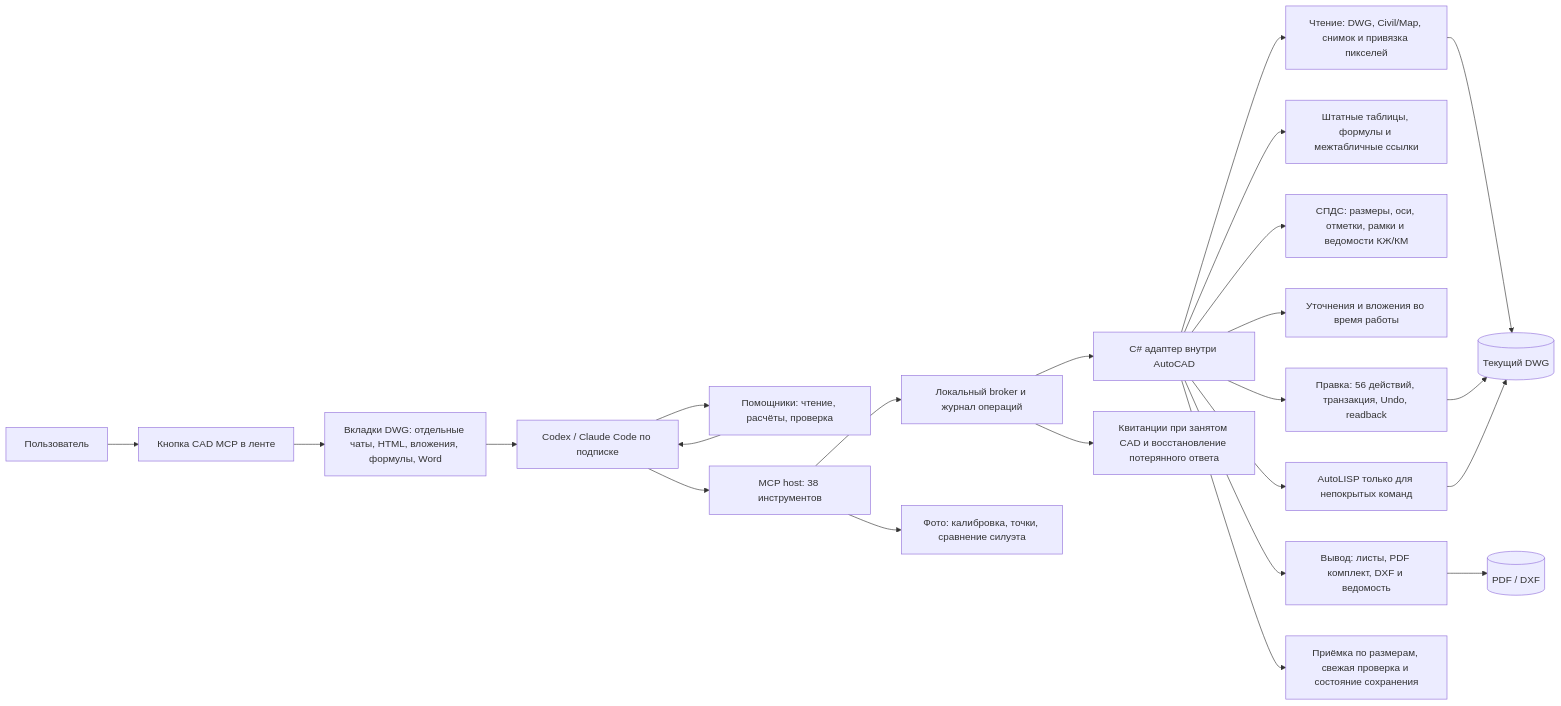
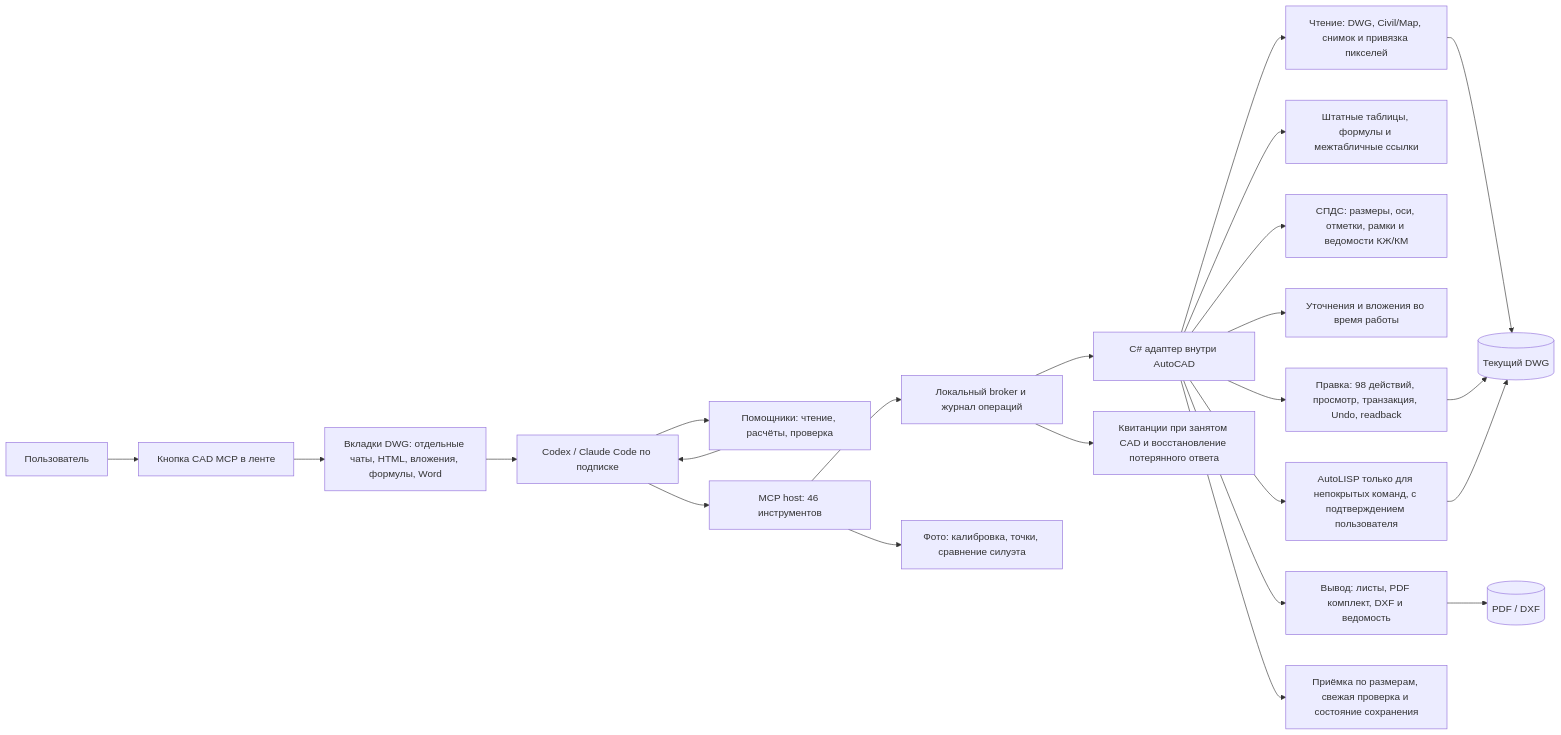
The diagram in docs/capabilities.md (debug23win/autocad-mcp), drawn with Mermaid before and after one commit. The commit also changed other lines of this file and 166 other files, not shown here.

````diff
--- a/docs/capabilities.md
+++ b/docs/capabilities.md
@@ -3,25 +3,25 @@
 ```mermaid
 flowchart LR
     U[Пользователь] --> R[Кнопка CAD MCP в ленте]
     R --> C[Вкладки DWG: отдельные чаты, HTML, вложения, формулы, Word]
     C --> P[Codex / Claude Code по подписке]
     P --> H[Помощники: чтение, расчёты, проверка]
     H --> P
-    P --> M[MCP host: 38 инструментов]
+    P --> M[MCP host: 46 инструментов]
     M --> B[Локальный broker и журнал операций]
     B --> A[C# адаптер внутри AutoCAD]
     A --> Q[Чтение: DWG, Civil/Map, снимок и привязка пикселей]
     A --> T[Штатные таблицы, формулы и межтабличные ссылки]
     A --> G[СПДС: размеры, оси, отметки, рамки и ведомости КЖ/КМ]
     A --> S[Уточнения и вложения во время работы]
-    A --> E[Правка: 56 действий, транзакция, Undo, readback]
+    A --> E[Правка: 98 действий, просмотр, транзакция, Undo, readback]
     A --> X[Вывод: листы, PDF комплект, DXF и ведомость]
-    A --> F[AutoLISP только для непокрытых команд]
+    A --> F[AutoLISP только для непокрытых команд, с подтверждением пользователя]
     M --> V[Фото: калибровка, точки, сравнение силуэта]
     A --> K[Приёмка по размерам, свежая проверка и состояние сохранения]
     B --> J[Квитанции при занятом CAD и восстановление потерянного ответа]
     Q --> D[(Текущий DWG)]
     E --> D
     X --> O[(PDF / DXF)]
     F --> D
 ```
````
